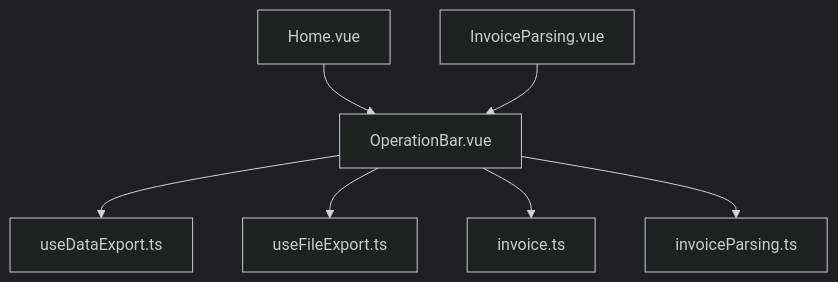
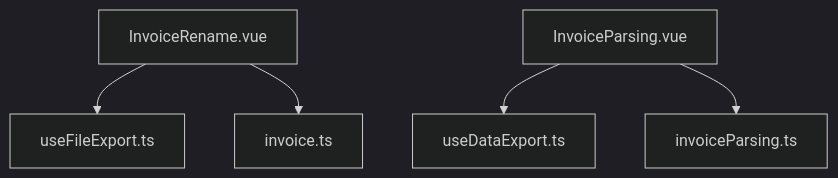
The first of 5 diagrams in .qoder/repowiki/zh/content/组件架构设计/操作控制栏组件.md (dunhuixiao/FinanceTools), drawn with Mermaid (dark theme) before and after one commit. The commit also changed other lines of this file and 4 other files, not shown here.

````diff
--- a/.qoder/repowiki/zh/content/组件架构设计/操作控制栏组件.md
+++ b/.qoder/repowiki/zh/content/组件架构设计/操作控制栏组件.md
@@ -31,9 +37,7 @@
 ```mermaid
 graph TD
-A[OperationBar.vue] --> B[useDataExport.ts]
-A --> C[useFileExport.ts]
-A --> D[invoice.ts]
-A --> E[invoiceParsing.ts]
-F[Home.vue] --> A
-G[InvoiceParsing.vue] --> A
+A[InvoiceRename.vue] --> B[useFileExport.ts]
+A --> C[invoice.ts]
+D[InvoiceParsing.vue] --> E[useDataExport.ts]
+D --> F[invoiceParsing.ts]
 ```
````
